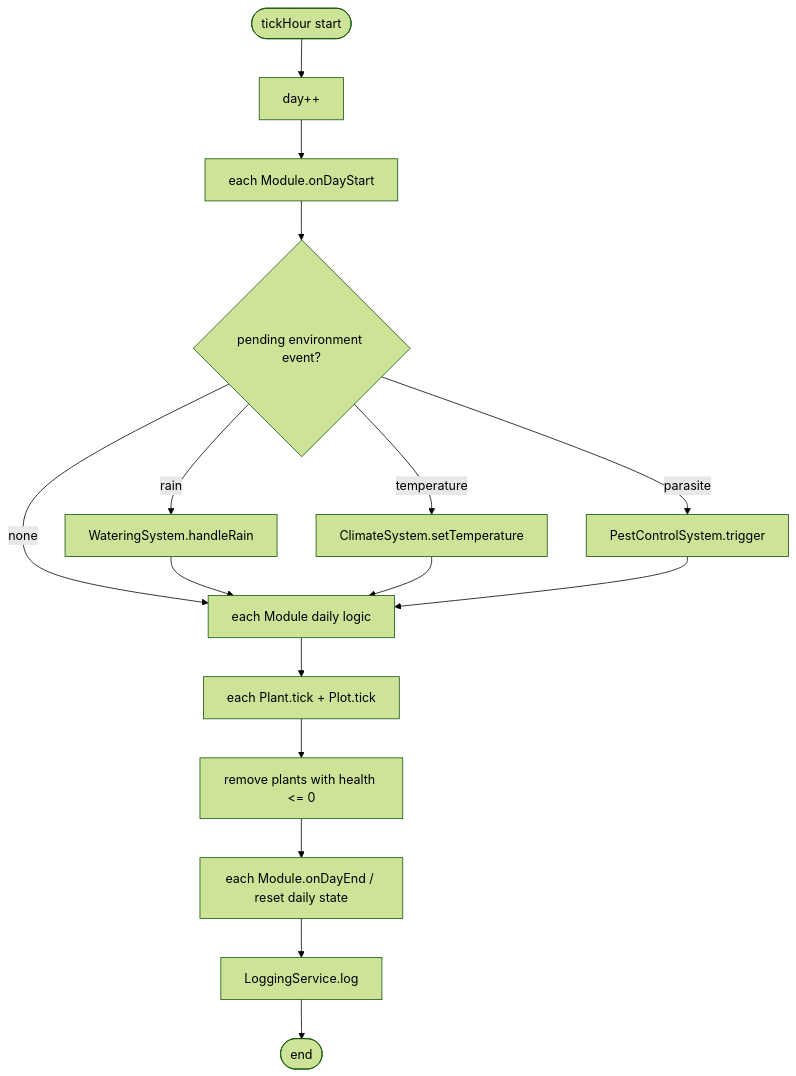
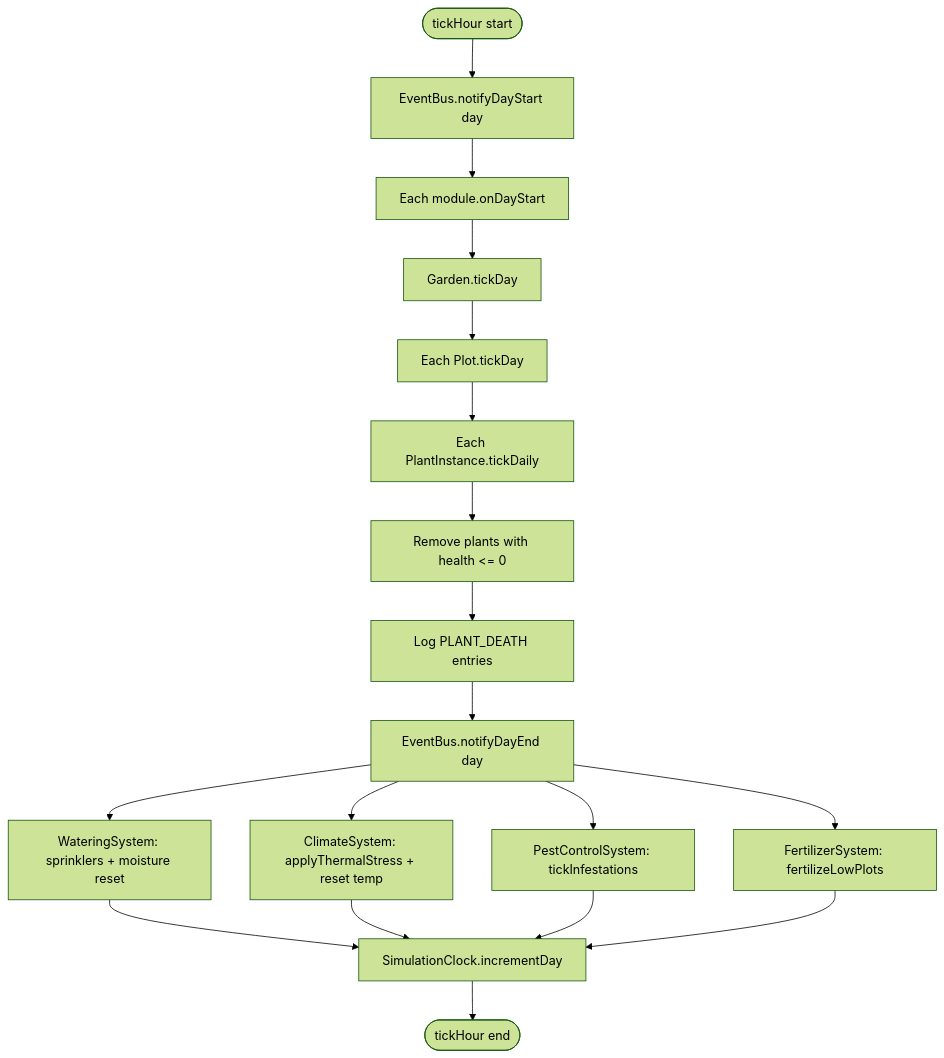
One commit to Calvingo/CSEN275_final_project changed the sixth of 8 diagrams in docs/02-uml-design.md. Above: the diagram before and after it, drawn with Mermaid (forest theme). The commit also changed other lines of this file, not shown here.

Commit message:
Update UML design doc to match implementation

````diff
--- a/docs/02-uml-design.md
+++ b/docs/02-uml-design.md
@@ -308,18 +373,20 @@
 ```mermaid
 flowchart TD
-    Start([tickHour start]) --> IncDay[day++]
-    IncDay --> DayStart[each Module.onDayStart]
-    DayStart --> ProcessEnv{pending environment event?}
-    ProcessEnv -->|rain| HandleRain[WateringSystem.handleRain]
-    ProcessEnv -->|temperature| HandleTemp[ClimateSystem.setTemperature]
-    ProcessEnv -->|parasite| HandlePest[PestControlSystem.trigger]
-    ProcessEnv -->|none| ModuleTick
-    HandleRain --> ModuleTick
-    HandleTemp --> ModuleTick
-    HandlePest --> ModuleTick
-    ModuleTick[each Module daily logic] --> PlantTick[each Plant.tick + Plot.tick]
-    PlantTick --> RemoveDead[remove plants with health <= 0]
-    RemoveDead --> DayEnd[each Module.onDayEnd / reset daily state]
-    DayEnd --> LogEvent[LoggingService.log]
-    LogEvent --> End([end])
+    A([tickHour start]) --> B[EventBus.notifyDayStart day]
+    B --> C[Each module.onDayStart]
+    C --> D[Garden.tickDay]
+    D --> E[Each Plot.tickDay]
+    E --> F[Each PlantInstance.tickDaily]
+    F --> G[Remove plants with health <= 0]
+    G --> H[Log PLANT_DEATH entries]
+    H --> I[EventBus.notifyDayEnd day]
+    I --> J[WateringSystem: sprinklers + moisture reset]
+    I --> K[ClimateSystem: applyThermalStress + reset temp]
+    I --> L[PestControlSystem: tickInfestations]
+    I --> M[FertilizerSystem: fertilizeLowPlots]
+    J --> N[SimulationClock.incrementDay]
+    K --> N
+    L --> N
+    M --> N
+    N --> O([tickHour end])
 ```
````
